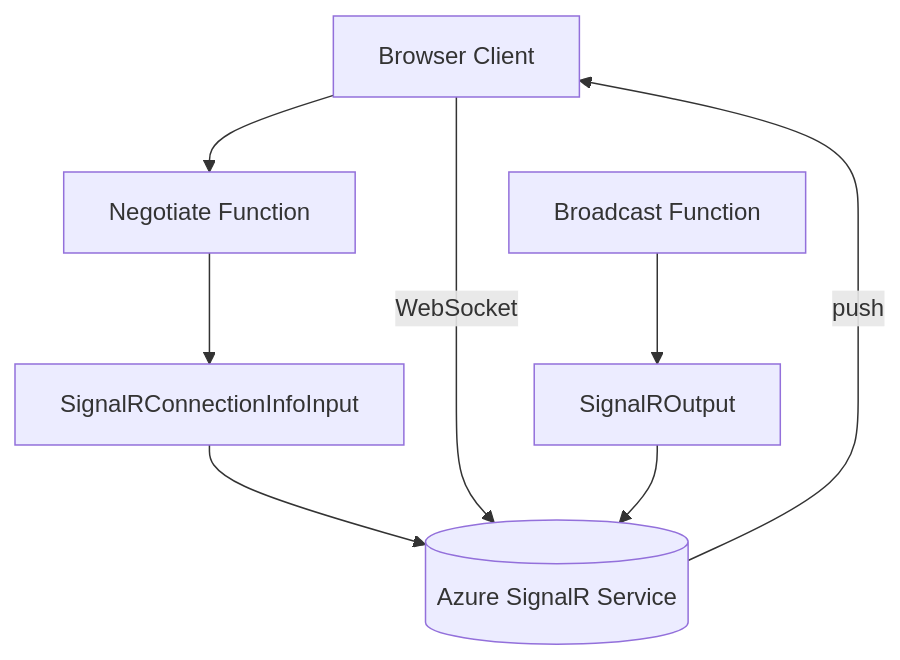
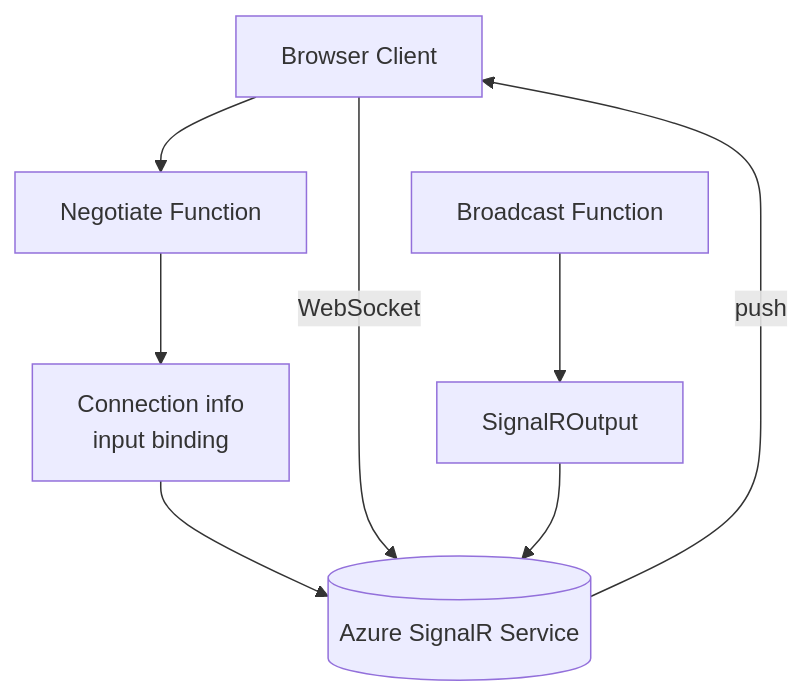
Before and after one commit to yeongseon/azure-functions-practical-guide: the diagram in docs/language-guides/dotnet/recipes/signalr.md, drawn with Mermaid. The commit also changed other lines of this file and 4 other files, not shown here.

First line of the commit message:
docs(diagrams): migrate .NET Service Bus and SignalR recipe flows (#471)

````diff
--- a/docs/language-guides/dotnet/recipes/signalr.md
+++ b/docs/language-guides/dotnet/recipes/signalr.md
@@ -22,10 +24,12 @@
 ```mermaid
 flowchart TD
+    accTitle: SignalR negotiate and broadcast relationships for the .NET isolated recipe
+    accDescr: In this serverless-mode recipe, the browser uses the negotiate function's connection-information binding and connects to SignalR Service over the depicted WebSocket transport. The broadcast function uses the output binding to send through the service to the client. Binding arrows show logical relationships, not a token-generation request sequence.
     CLIENT[Browser Client] --> NEG[Negotiate Function]
-    NEG --> INFO[SignalRConnectionInfoInput]
+    NEG --> INFO["Connection info<br/>input binding"]
     INFO --> SR[(Azure SignalR Service)]
     CLIENT -->|WebSocket| SR
     PUB[Broadcast Function] --> OUT[SignalROutput]
     OUT --> SR
     SR -->|push| CLIENT
 ```
````
